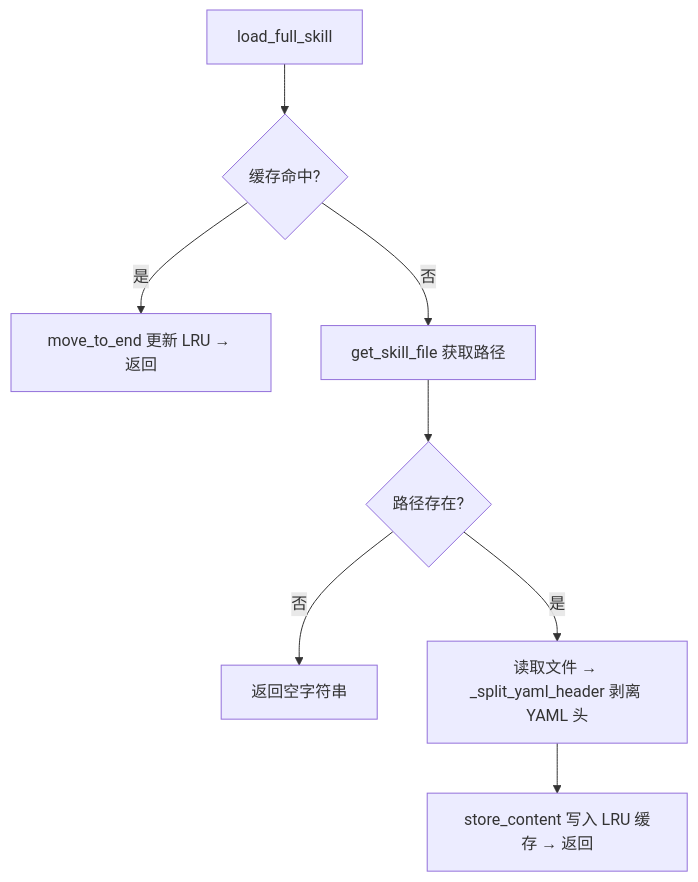
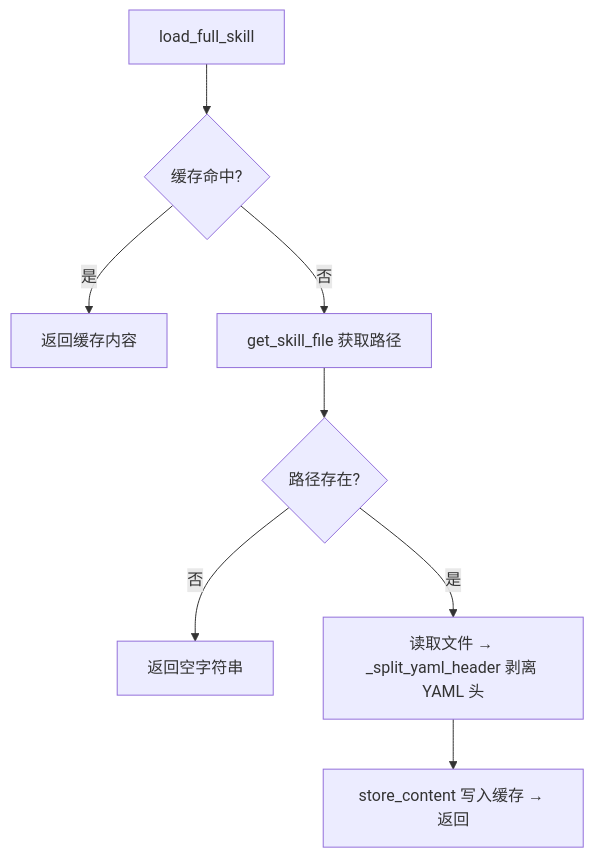
Before and after one commit to Ba6231roer/rubato: the third of 5 diagrams in docs/skills_module_design.md, drawn with Mermaid. The commit also changed other lines of this file and 13 other files, not shown here.

````diff
--- a/docs/skills_module_design.md
+++ b/docs/skills_module_design.md
@@ -164,10 +162,10 @@
 ```mermaid
 flowchart TD
     A[load_full_skill] --> B{缓存命中?}
-    B -->|是| C[move_to_end 更新 LRU → 返回]
+    B -->|是| C[返回缓存内容]
     B -->|否| D[get_skill_file 获取路径]
     D --> E{路径存在?}
     E -->|否| F[返回空字符串]
     E -->|是| G[读取文件 → _split_yaml_header 剥离 YAML 头]
-    G --> H[store_content 写入 LRU 缓存 → 返回]
+    G --> H[store_content 写入缓存 → 返回]
 ```
````
